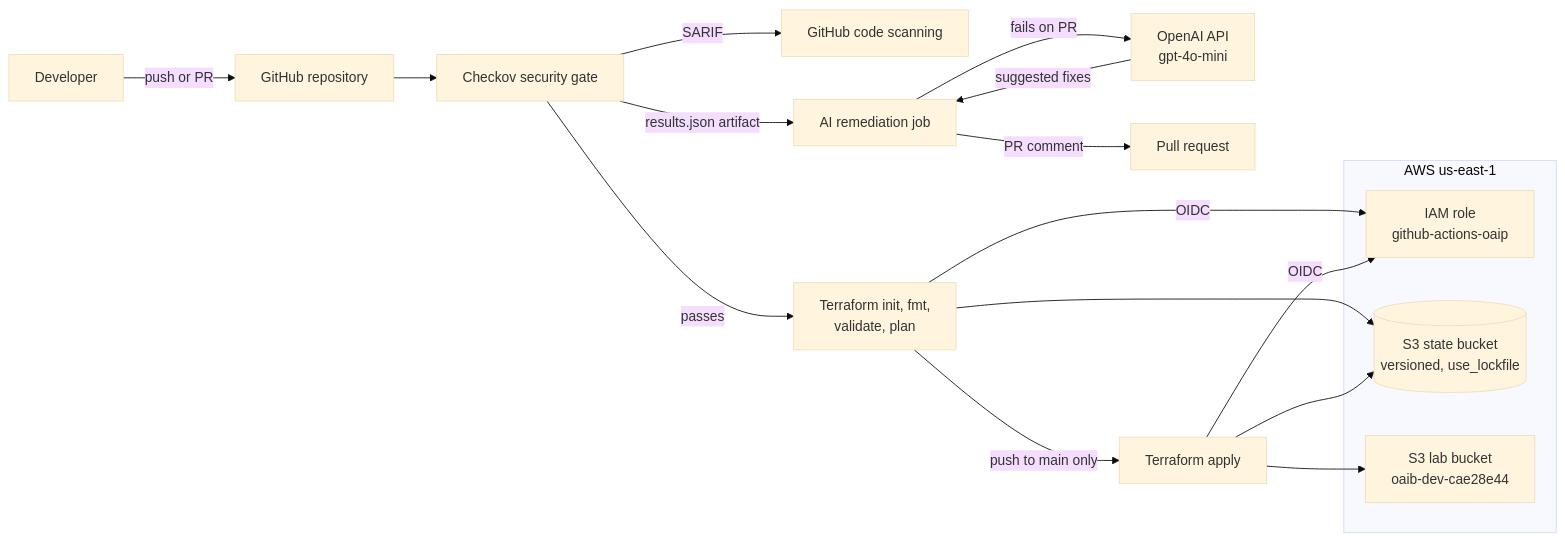
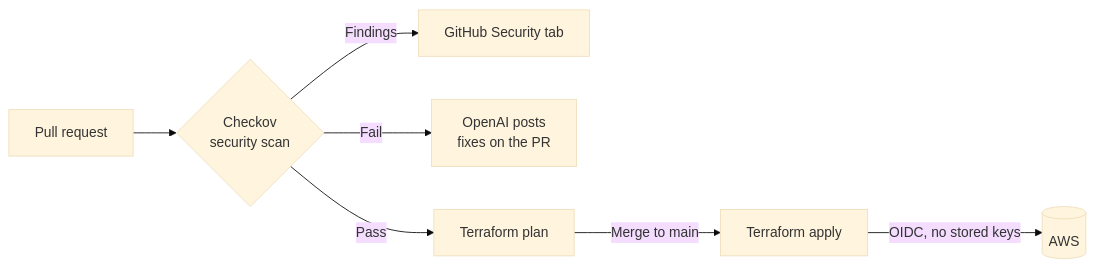
The diagram in README.md (clevelandjosiah/Open-Ai-Pipeline), drawn with Mermaid (base theme) before and after one commit.

Commit message:
Update architecture diagram in README.md

````diff
--- a/README.md
+++ b/README.md
@@ -33,24 +33,9 @@
 ```mermaid
 flowchart LR
-    dev[Developer] -->|push or PR| gh[GitHub repository]
-    gh --> scan[Checkov security gate]
-    scan -->|SARIF| cs[GitHub code scanning]
-    scan -->|results.json artifact| ai[AI remediation job]
-    ai -->|fails on PR| oai[OpenAI API<br/>gpt-4o-mini]
-    oai -->|suggested fixes| ai
-    ai -->|PR comment| pr[Pull request]
-    scan -->|passes| plan[Terraform init, fmt,<br/>validate, plan]
-    plan -->|push to main only| apply[Terraform apply]
-
-    subgraph AWS[AWS us-east-1]
-        role[IAM role<br/>github-actions-oaip]
-        state[(S3 state bucket<br/>versioned, use_lockfile)]
-        lab[S3 lab bucket<br/>oaib-dev-cae28e44]
-    end
-
-    plan -->|OIDC| role
-    apply -->|OIDC| role
-    plan --> state
-    apply --> state
-    apply --> lab
+    pr[Pull request] --> scan{Checkov<br/>security scan}
+    scan -->|Findings| sec[GitHub Security tab]
+    scan -->|Fail| ai[OpenAI posts<br/>fixes on the PR]
+    scan -->|Pass| plan[Terraform plan]
+    plan -->|Merge to main| apply[Terraform apply]
+    apply -->|OIDC, no stored keys| aws[(AWS)]
 ```
````
